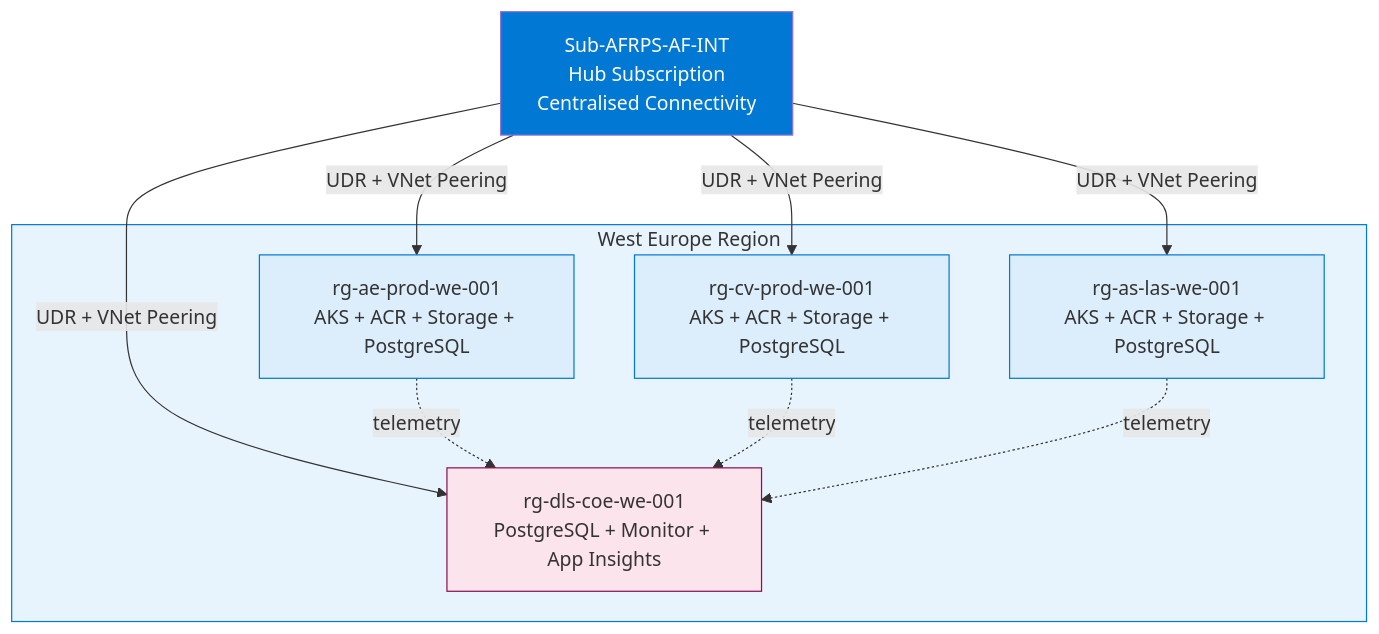
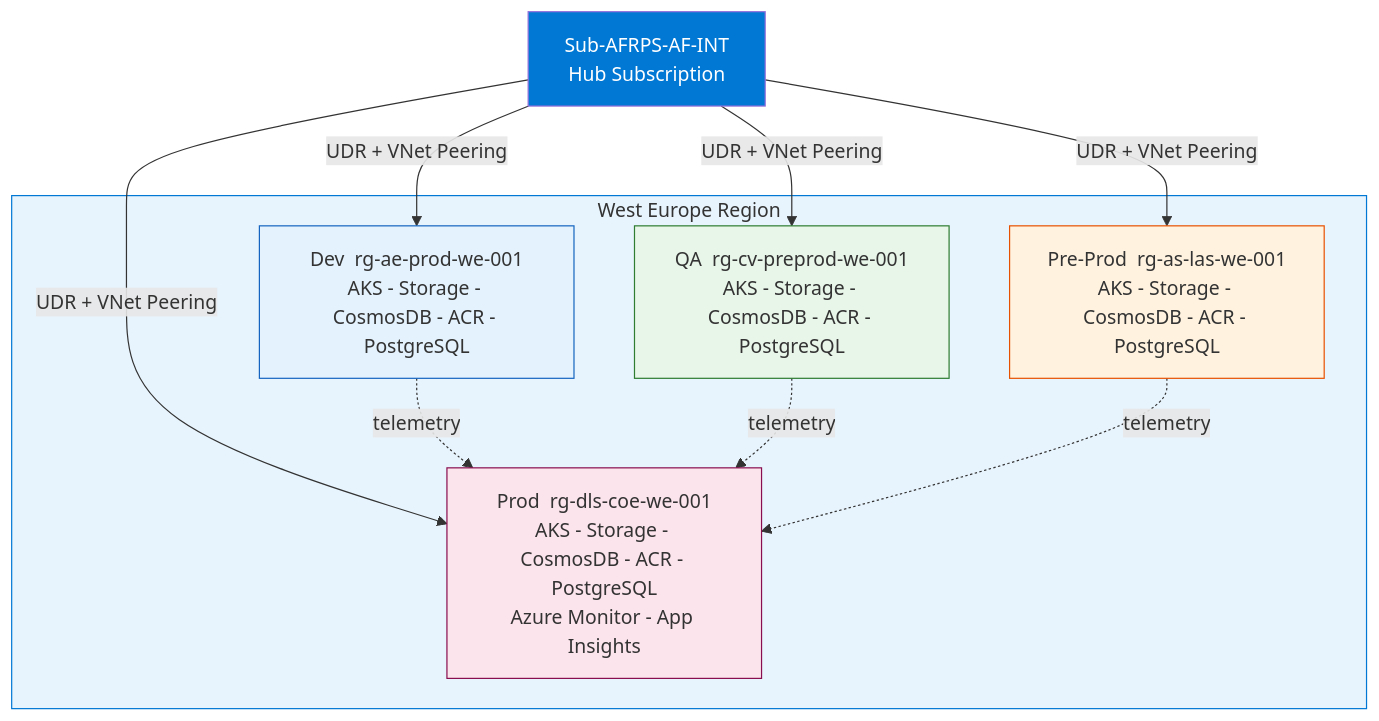
The third of 4 diagrams in docs/Volume-1-Executive-Architecture/04-Azure-Architecture-Visual.md (Shasi19/Azure-VxRail-VMware-Migration), drawn with Mermaid before and after one commit. The commit also changed other lines of this file and 7 other files, not shown here.

````diff
--- a/docs/Volume-1-Executive-Architecture/04-Azure-Architecture-Visual.md
+++ b/docs/Volume-1-Executive-Architecture/04-Azure-Architecture-Visual.md
@@ -108,27 +117,27 @@
 ```mermaid
 graph TB
-    HUB[Sub-AFRPS-AF-INT\nHub Subscription\nCentralised Connectivity]
+    HUB[Sub-AFRPS-AF-INT\nHub Subscription]
 
     subgraph WE["West Europe Region"]
-        V1[rg-ae-prod-we-001\nAKS + ACR + Storage + PostgreSQL]
-        V2[rg-cv-prod-we-001\nAKS + ACR + Storage + PostgreSQL]
-        V3[rg-as-las-we-001\nAKS + ACR + Storage + PostgreSQL]
-        V4[rg-dls-coe-we-001\nPostgreSQL + Monitor + App Insights]
+        V1[Dev  rg-ae-prod-we-001\nAKS - Storage - CosmosDB - ACR - PostgreSQL]
+        V2[QA  rg-cv-preprod-we-001\nAKS - Storage - CosmosDB - ACR - PostgreSQL]
+        V3[Pre-Prod  rg-as-las-we-001\nAKS - Storage - CosmosDB - ACR - PostgreSQL]
+        V4[Prod  rg-dls-coe-we-001\nAKS - Storage - CosmosDB - ACR - PostgreSQL\nAzure Monitor - App Insights]
     end
 
     HUB -->|UDR + VNet Peering| V1
     HUB -->|UDR + VNet Peering| V2
     HUB -->|UDR + VNet Peering| V3
     HUB -->|UDR + VNet Peering| V4
 
     V1 -.->|telemetry| V4
     V2 -.->|telemetry| V4
     V3 -.->|telemetry| V4
 
     style HUB fill:#0078D4,color:#fff
     style WE fill:#e8f4fd,stroke:#0078D4
-    style V1 fill:#dceefb,stroke:#0078D4
-    style V2 fill:#dceefb,stroke:#0078D4
-    style V3 fill:#dceefb,stroke:#0078D4
+    style V1 fill:#e3f2fd,stroke:#1565c0
+    style V2 fill:#e8f5e9,stroke:#2e7d32
+    style V3 fill:#fff3e0,stroke:#e65100
     style V4 fill:#fce4ec,stroke:#880e4f
 ```
````
